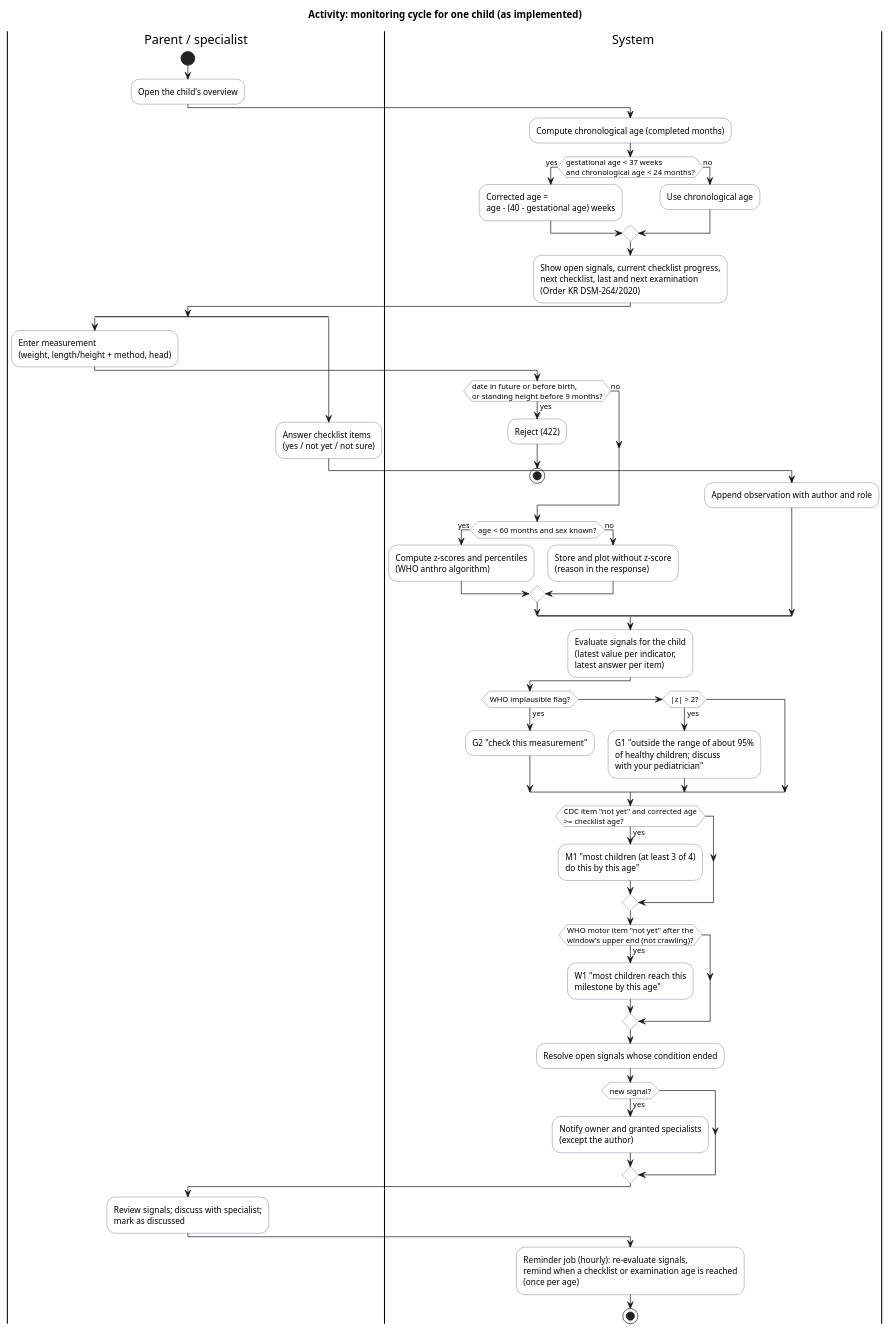
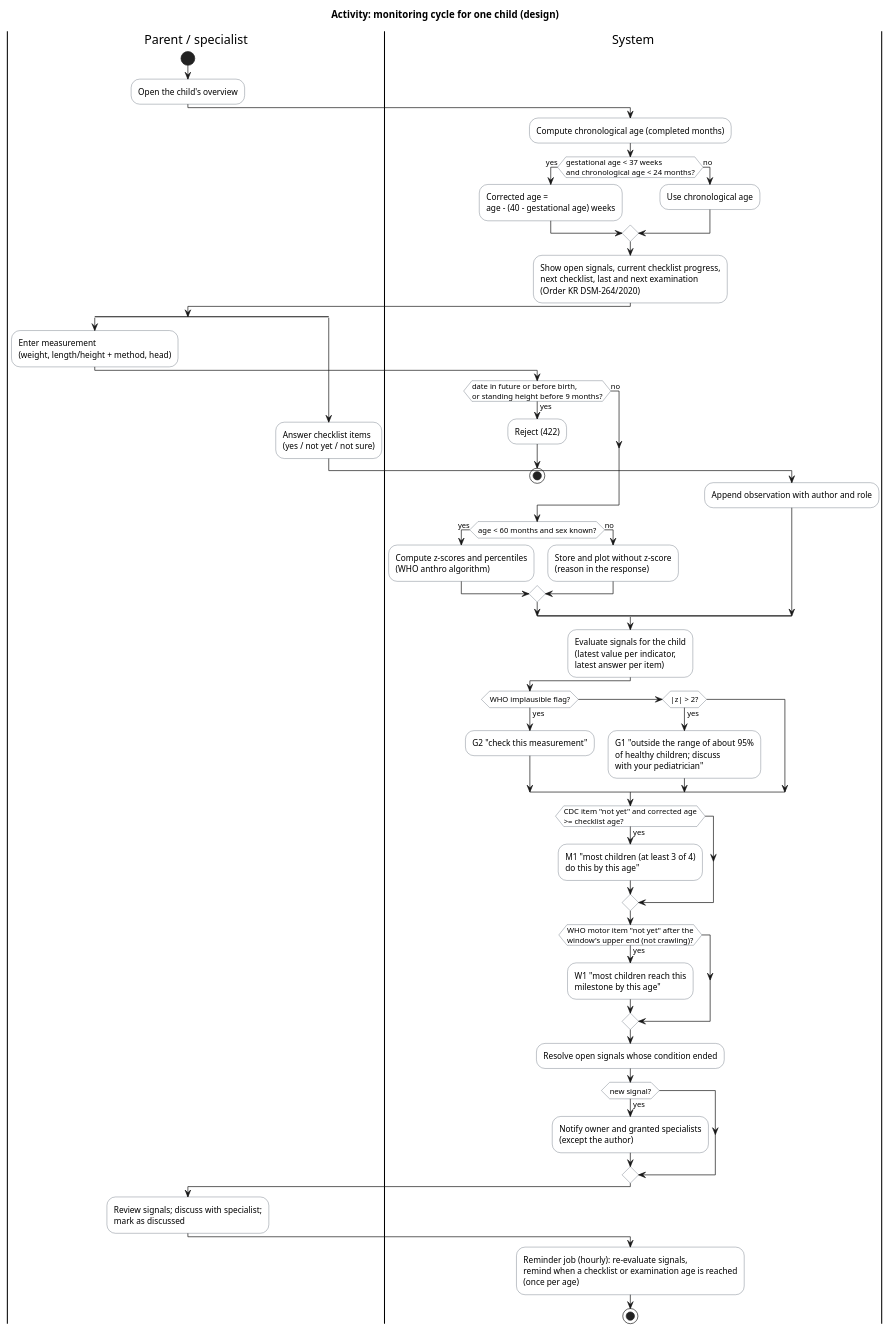
The diagram in diagrams/src/activity-monitoring.puml (felfir-bit/child-monitor), drawn with PlantUML before and after one commit. The commit also changed 2 other files, not shown here.

Commit message:
DIP-7: Revise architecture and diagrams as target design

```diff
--- a/diagrams/src/activity-monitoring.puml
+++ b/diagrams/src/activity-monitoring.puml
@@ -1,71 +1,71 @@
 @startuml activity-monitoring
-title Activity: monitoring cycle for one child (as implemented)
+title Activity: monitoring cycle for one child (design)
 
 skinparam defaultFontName Arial
 skinparam shadowing false
 skinparam activity {
   BackgroundColor #FFFFFF
   BorderColor #4A5563
   DiamondBackgroundColor #FFFFFF
   DiamondBorderColor #4A5563
 }
 
 |Parent / specialist|
 start
 :Open the child's overview;
 
 |System|
 :Compute chronological age (completed months);
 if (gestational age < 37 weeks\nand chronological age < 24 months?) then (yes)
   :Corrected age =\nage - (40 - gestational age) weeks;
 else (no)
   :Use chronological age;
 endif
 :Show open signals, current checklist progress,\nnext checklist, last and next examination\n(Order KR DSM-264/2020);
 
 |Parent / specialist|
 split
   :Enter measurement\n(weight, length/height + method, head);
   |System|
   if (date in future or before birth,\nor standing height before 9 months?) then (yes)
     :Reject (422);
     stop
   else (no)
   endif
   if (age < 60 months and sex known?) then (yes)
     :Compute z-scores and percentiles\n(WHO anthro algorithm);
   else (no)
     :Store and plot without z-score\n(reason in the response);
   endif
 split again
   |Parent / specialist|
   :Answer checklist items\n(yes / not yet / not sure);
   |System|
   :Append observation with author and role;
 end split
 
 |System|
 :Evaluate signals for the child\n(latest value per indicator,\nlatest answer per item);
 if (WHO implausible flag?) then (yes)
   :G2 "check this measurement";
 elseif (|z| > 2?) then (yes)
   :G1 "outside the range of about 95%\nof healthy children; discuss\nwith your pediatrician";
 endif
 if (CDC item "not yet" and corrected age\n>= checklist age?) then (yes)
   :M1 "most children (at least 3 of 4)\ndo this by this age";
 endif
 if (WHO motor item "not yet" after the\nwindow's upper end (not crawling)?) then (yes)
   :W1 "most children reach this\nmilestone by this age";
 endif
 :Resolve open signals whose condition ended;
 if (new signal?) then (yes)
   :Notify owner and granted specialists\n(except the author);
 endif
 
 |Parent / specialist|
 :Review signals; discuss with specialist;\nmark as discussed;
 
 |System|
 :Reminder job (hourly): re-evaluate signals,\nremind when a checklist or examination age is reached\n(once per age);
 stop
 @enduml
```
